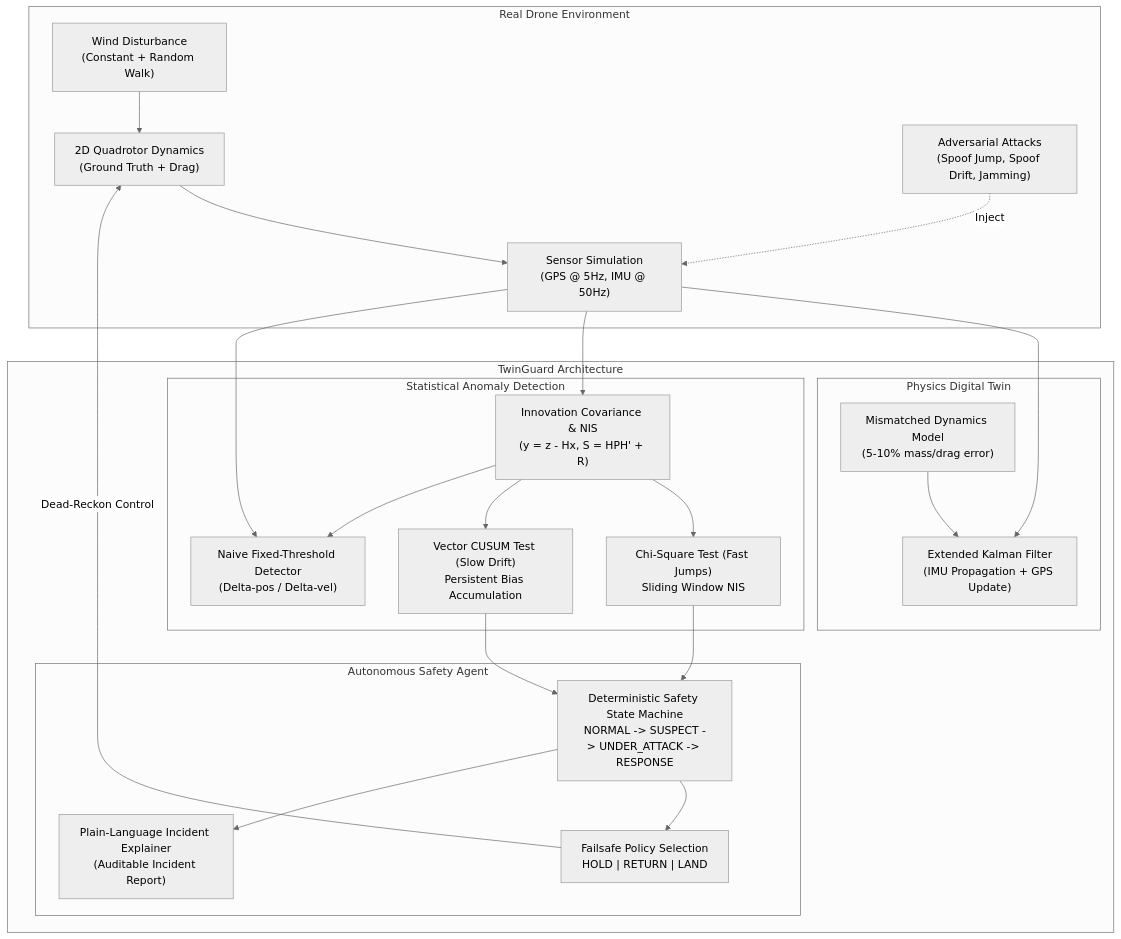
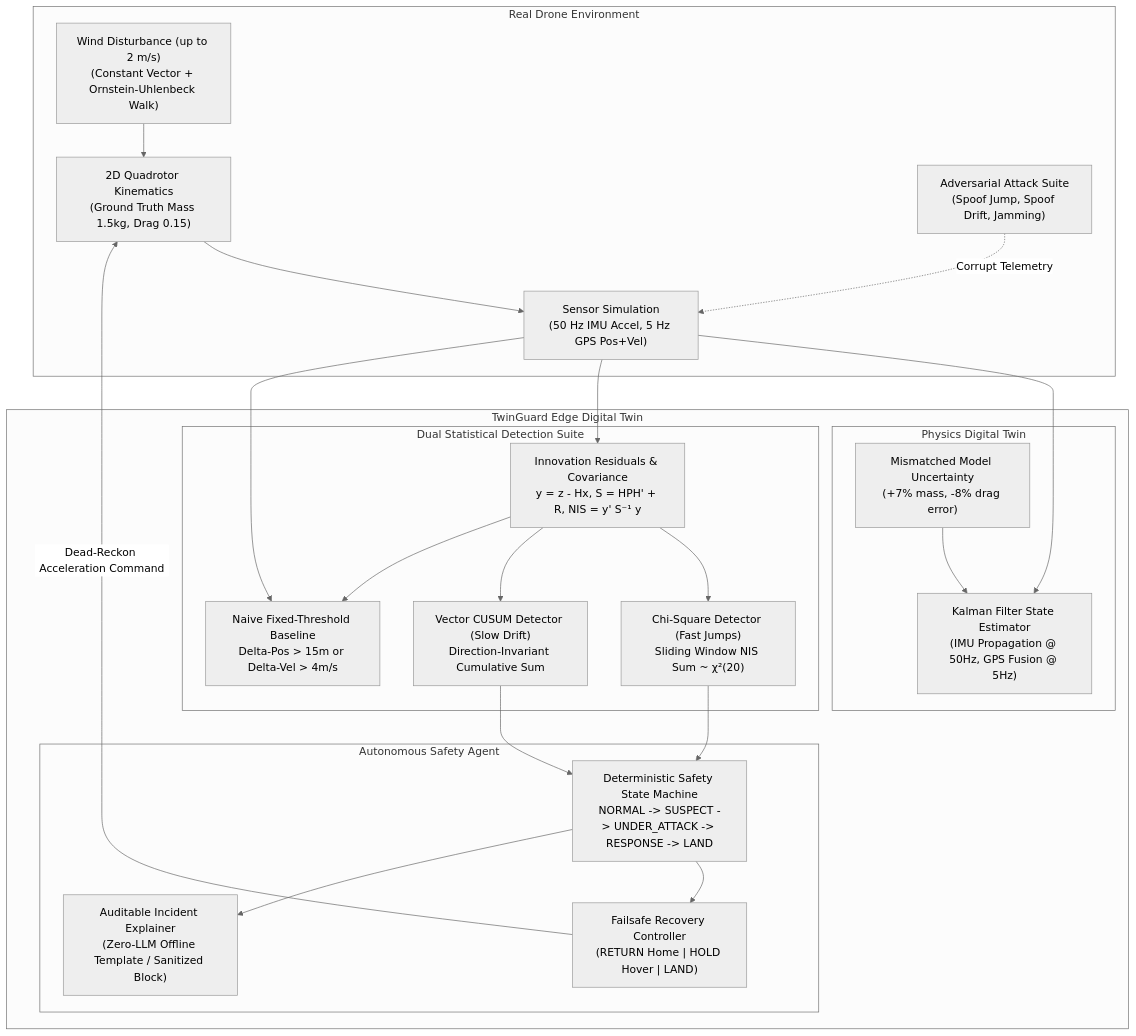
One commit to IoRagas/TwinGuard changed the diagram in README.md. Above: the diagram before and after it, drawn with Mermaid (neutral theme). The commit also changed other lines of this file, not shown here.

Commit message:
docs(M7): complete README with architecture, real evaluation metrics table, quickstart, deck placeholders, and limitations

````diff
--- a/README.md
+++ b/README.md
@@ -16,48 +26,48 @@
 ```mermaid
 flowchart TD
     subgraph Reality [Real Drone Environment]
-        Drone["2D Quadrotor Dynamics\n(Ground Truth + Drag)"]
-        Wind["Wind Disturbance\n(Constant + Random Walk)"]
-        Sensors["Sensor Simulation\n(GPS @ 5Hz, IMU @ 50Hz)"]
-        Attacks["Adversarial Attacks\n(Spoof Jump, Spoof Drift, Jamming)"]
+        Drone["2D Quadrotor Kinematics\n(Ground Truth Mass 1.5kg, Drag 0.15)"]
+        Wind["Wind Disturbance (up to 2 m/s)\n(Constant Vector + Ornstein-Uhlenbeck Walk)"]
+        Sensors["Sensor Simulation\n(50 Hz IMU Accel, 5 Hz GPS Pos+Vel)"]
+        Attacks["Adversarial Attack Suite\n(Spoof Jump, Spoof Drift, Jamming)"]
         
         Wind --> Drone
         Drone --> Sensors
-        Attacks -. Inject .-> Sensors
+        Attacks -. Corrupt Telemetry .-> Sensors
     end
 
-    subgraph TwinGuard [TwinGuard Architecture]
+    subgraph TwinGuard [TwinGuard Edge Digital Twin]
         subgraph DigitalTwin [Physics Digital Twin]
-            TwinModel["Mismatched Dynamics Model\n(5-10% mass/drag error)"]
-            EKF["Extended Kalman Filter\n(IMU Propagation + GPS Update)"]
+            TwinModel["Mismatched Model Uncertainty\n(+7% mass, -8% drag error)"]
+            EKF["Kalman Filter State Estimator\n(IMU Propagation @ 50Hz, GPS Fusion @ 5Hz)"]
             TwinModel --> EKF
         end
 
-        subgraph Detection [Statistical Anomaly Detection]
-            NIS["Innovation Covariance & NIS\n(y = z - Hx, S = HPH' + R)"]
-            Chi2["Chi-Square Test (Fast Jumps)\nSliding Window NIS"]
-            CUSUM["Vector CUSUM Test (Slow Drift)\nPersistent Bias Accumulation"]
-            Baseline["Naive Fixed-Threshold Detector\n(Delta-pos / Delta-vel)"]
+        subgraph Detection [Dual Statistical Detection Suite]
+            Residuals["Innovation Residuals & Covariance\ny = z - Hx, S = HPH' + R, NIS = y' S⁻¹ y"]
+            Chi2["Chi-Square Detector (Fast Jumps)\nSliding Window NIS Sum ~ χ²(20)"]
+            CUSUM["Vector CUSUM Detector (Slow Drift)\nDirection-Invariant Cumulative Sum"]
+            Baseline["Naive Fixed-Threshold Baseline\nDelta-Pos > 15m or Delta-Vel > 4m/s"]
             
-            NIS --> Chi2
-            NIS --> CUSUM
-            NIS --> Baseline
+            Residuals --> Chi2
+            Residuals --> CUSUM
+            Residuals --> Baseline
         end
 
-        subgraph Decision [Autonomous Safety Agent]
-            FSM["Deterministic Safety State Machine\nNORMAL -> SUSPECT -> UNDER_ATTACK -> RESPONSE"]
-            Policy["Failsafe Policy Selection\nHOLD | RETURN | LAND"]
-            Explainer["Plain-Language Incident Explainer\n(Auditable Incident Report)"]
+        subgraph AutonomyAgent [Autonomous Safety Agent]
+            FSM["Deterministic Safety State Machine\nNORMAL -> SUSPECT -> UNDER_ATTACK -> RESPONSE -> LAND"]
+            Policy["Failsafe Recovery Controller\n(RETURN Home | HOLD Hover | LAND)"]
+            Explainer["Auditable Incident Explainer\n(Zero-LLM Offline Template / Sanitized Block)"]
             
             FSM --> Policy
             FSM --> Explainer
         end
     end
 
     Sensors --> EKF
-    Sensors --> NIS
+    Sensors --> Residuals
     Sensors --> Baseline
     Chi2 --> FSM
     CUSUM --> FSM
-    Policy -->|Dead-Reckon Control| Drone
+    Policy -->|Dead-Reckon Acceleration Command| Drone
 ```
````
